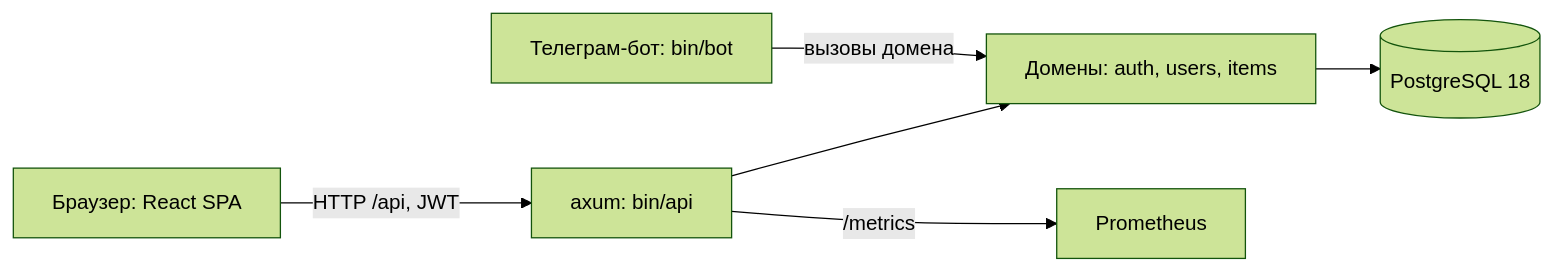
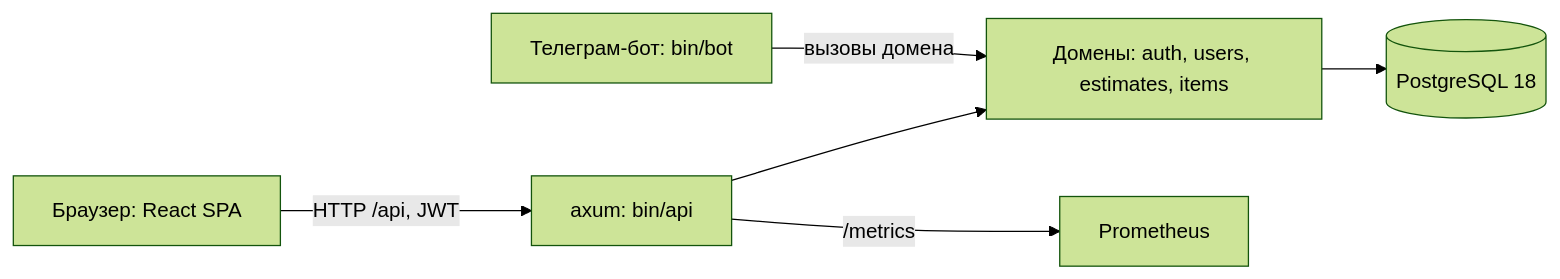
Before and after one commit to lonmstalker/smeta-check: the diagram in docs/architecture.md, drawn with Mermaid (forest theme). The commit also changed other lines of this file and 28 other files, not shown here.

````diff
--- a/docs/architecture.md
+++ b/docs/architecture.md
@@ -7,8 +7,8 @@
 ```mermaid
 flowchart LR
     Browser[Браузер: React SPA] -->|HTTP /api, JWT| API
     Bot[Телеграм-бот: bin/bot] -->|вызовы домена| Domain
-    API[axum: bin/api] --> Domain[Домены: auth, users, items]
+    API[axum: bin/api] --> Domain[Домены: auth, users, estimates, items]
     Domain --> PG[(PostgreSQL 18)]
     API -->|/metrics| Prom[Prometheus]
 ```
````
